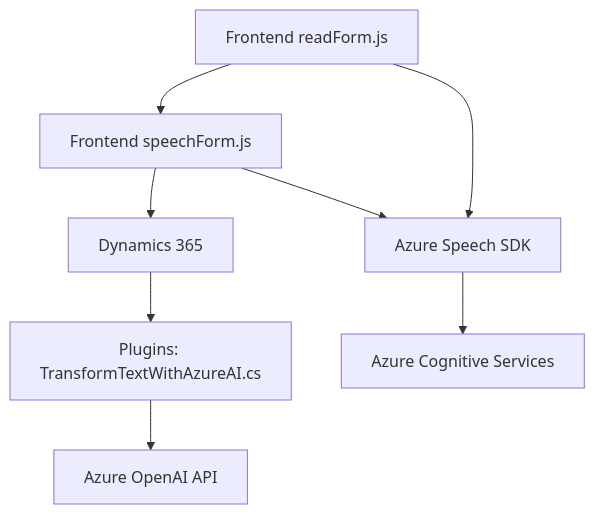
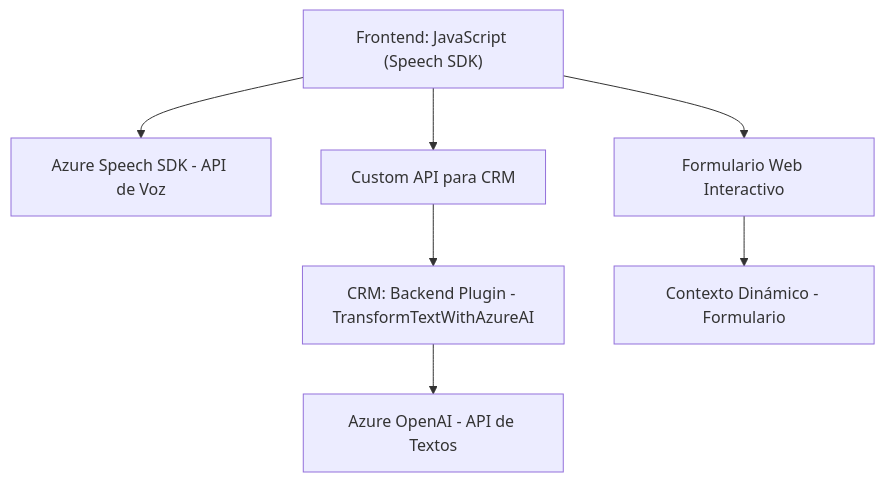
One commit to blopezdm/NETCORE_BILBAO2025 changed the diagram in README.md. Above: the diagram before and after it, drawn with Mermaid. The commit also changed other lines of this file, not shown here.

````diff
--- a/README.md
+++ b/README.md
@@ -35,10 +35,9 @@
 ```mermaid
 graph TD
-    A["Frontend readForm.js"] --> B["Frontend speechForm.js"]
-    B --> C["Dynamics 365"]
-    C --> D["Plugins: TransformTextWithAzureAI.cs"]
-    D --> E["Azure OpenAI API"]
-    A --> F["Azure Speech SDK"]
-    B --> F
-    F --> G["Azure Cognitive Services"]
+    A["Frontend: JavaScript (Speech SDK)"] --> B["Azure Speech SDK - API de Voz"]
+    A --> C["Custom API para CRM"]
+    C --> D["CRM: Backend Plugin - TransformTextWithAzureAI"]
+    D --> E["Azure OpenAI - API de Textos"]
+    A --> F["Formulario Web Interactivo"]
+    F --> G["Contexto Dinámico - Formulario"]
 ```
````
